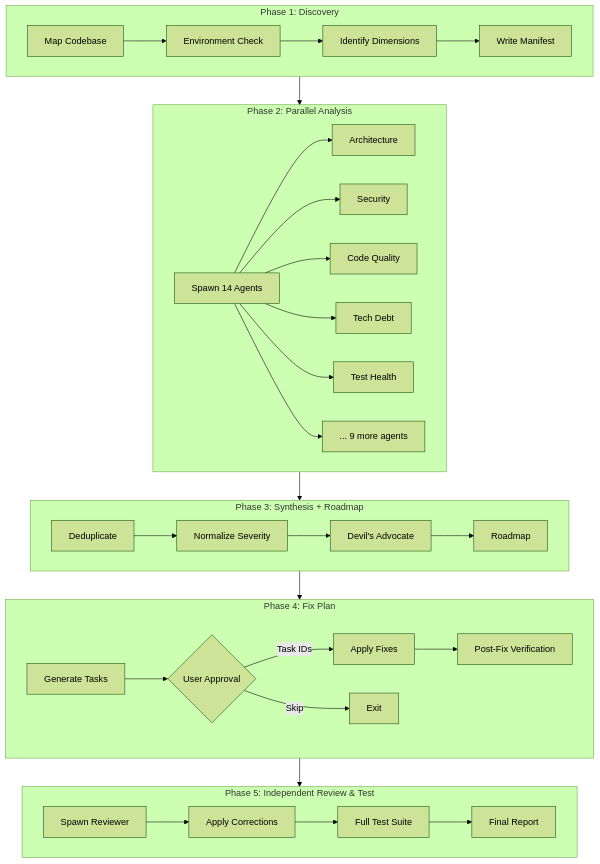
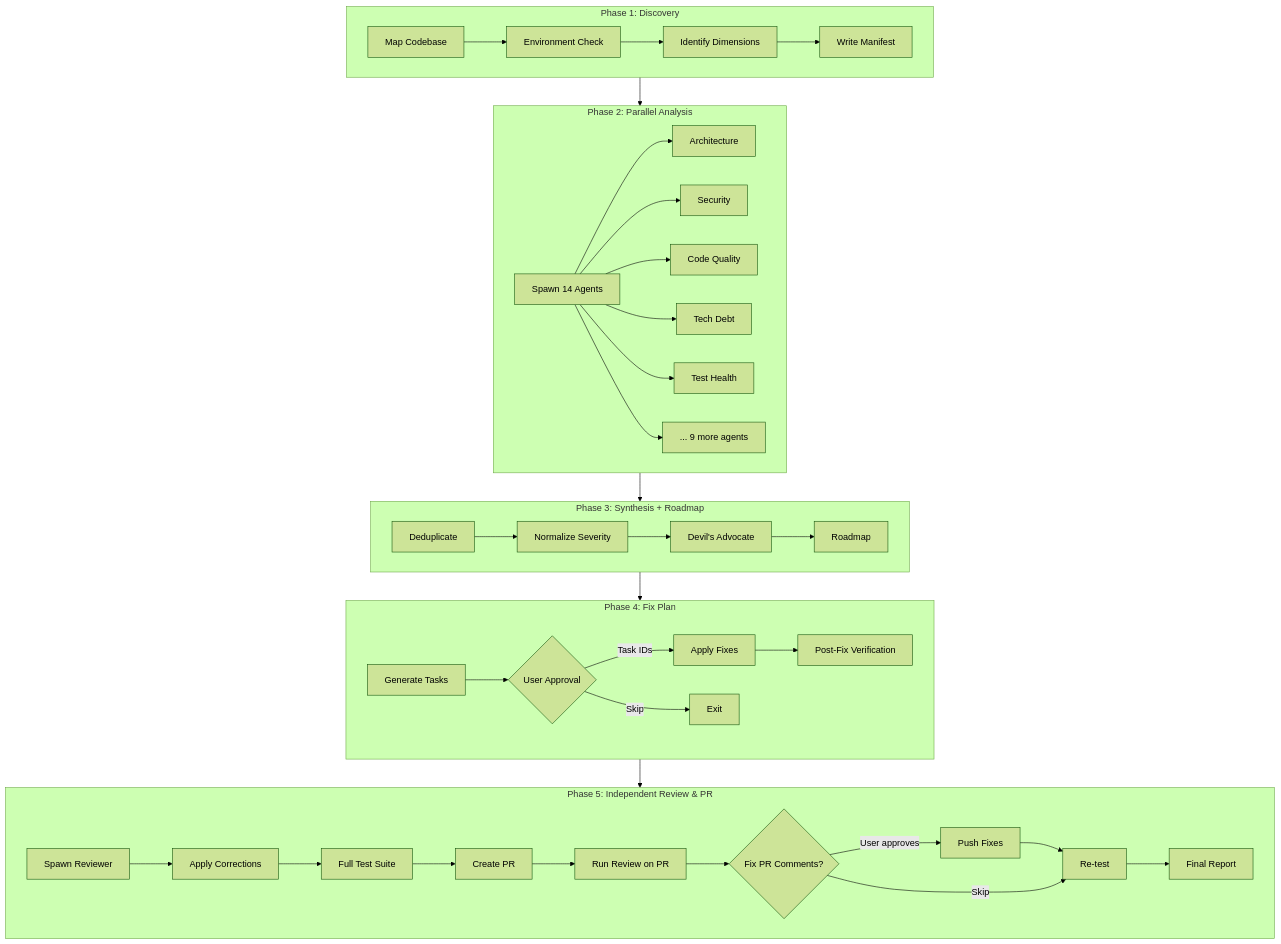
Before and after one commit to artgaurav16420-oss/Complete-Codebase-Review: the diagram in README.md, drawn with Mermaid (forest theme). The commit also changed other lines of this file, not shown here.

Commit message:
docs: update README for Phase 5 PR workflow and test suite table
- Update mermaid diagram with 5d-5h (Create PR, Review, Fix Comments, Re-test)
- Rewrite Phase 5 description to mention PR creation, review skill, comment fixing
- Add gh CLI prerequisite note
- Bump compliance test counts and add Windows test suite row

````diff
--- a/README.md
+++ b/README.md
@@ -16,36 +16,42 @@
 ```mermaid
 flowchart TB
     subgraph Phase1[Phase 1: Discovery]
         A1[Map Codebase] --> A2[Environment Check]
         A2 --> A3[Identify Dimensions]
         A3 --> A4[Write Manifest]
     end
     subgraph Phase2[Phase 2: Parallel Analysis]
         B1[Spawn 14 Agents] --> B2[Architecture]
         B1 --> B3[Security]
         B1 --> B4[Code Quality]
         B1 --> B5[Tech Debt]
         B1 --> B6[Test Health]
         B1 --> B7[... 9 more agents]
     end
     subgraph Phase3[Phase 3: Synthesis + Roadmap]
         C1[Deduplicate] --> C2[Normalize Severity]
         C2 --> C3[Devil's Advocate]
         C3 --> C4[Roadmap]
     end
     subgraph Phase4[Phase 4: Fix Plan]
         D1[Generate Tasks] --> D2{User Approval}
         D2 -->|Task IDs| D3[Apply Fixes]
         D2 -->|Skip| D4[Exit]
         D3 --> D5[Post-Fix Verification]
     end
-    subgraph Phase5[Phase 5: Independent Review & Test]
+    subgraph Phase5[Phase 5: Independent Review & PR]
         E1[Spawn Reviewer] --> E2[Apply Corrections]
         E2 --> E3[Full Test Suite]
-        E3 --> E4[Final Report]
+        E3 --> E4[Create PR]
+        E4 --> E5[Run Review on PR]
+        E5 --> E6{Fix PR Comments?}
+        E6 -->|User approves| E7[Push Fixes]
+        E7 --> E8[Re-test]
+        E6 -->|Skip| E8
+        E8 --> E9[Final Report]
     end
     Phase1 --> Phase2
     Phase2 --> Phase3
     Phase3 --> Phase4
     Phase4 --> Phase5
 ```
````
